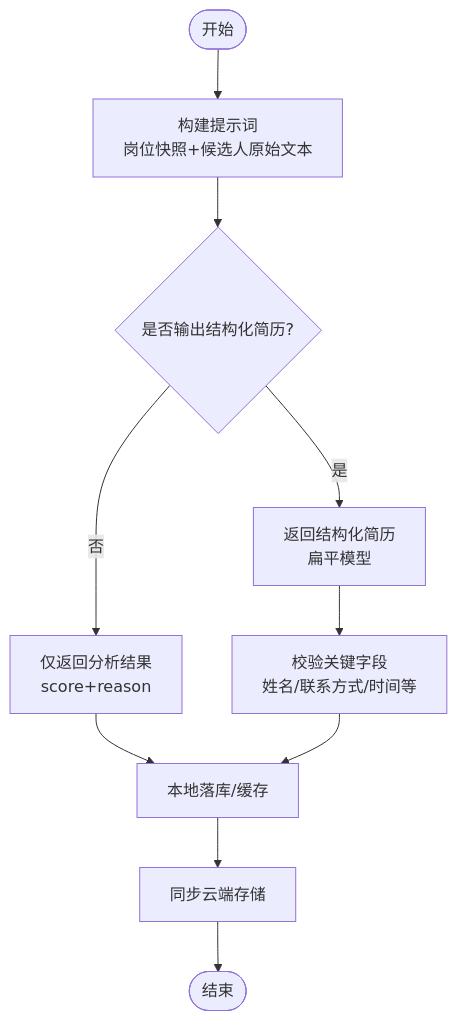
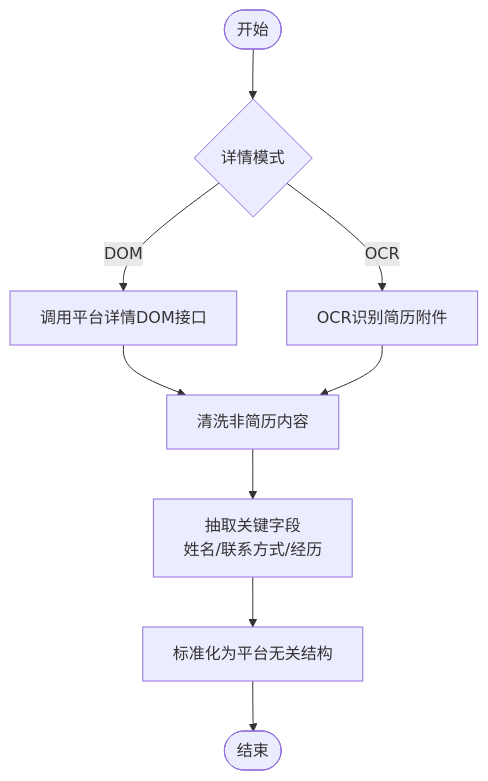
The fourth of 10 diagrams in .qoder/repowiki/zh/content/本地执行器/AI集成/简历解析处理.md (alvinwangzi/goodhr), drawn with Mermaid before and after one commit. The commit also changed other lines of this file and 149 other files, not shown here.

````diff
--- a/.qoder/repowiki/zh/content/本地执行器/AI集成/简历解析处理.md
+++ b/.qoder/repowiki/zh/content/本地执行器/AI集成/简历解析处理.md
@@ -227,12 +192,11 @@
 ```mermaid
 flowchart TD
-Start(["开始"]) --> BuildPrompt["构建提示词<br/>岗位快照+候选人原始文本"]
-BuildPrompt --> Mode{"是否输出结构化简历?"}
-Mode --> |否| AnalyzeOnly["仅返回分析结果<br/>score+reason"]
-Mode --> |是| Structured["返回结构化简历<br/>扁平模型"]
-AnalyzeOnly --> SaveLocal["本地落库/缓存"]
-Structured --> Validate["校验关键字段<br/>姓名/联系方式/时间等"]
-Validate --> SaveLocal
-SaveLocal --> SyncCloud["同步云端存储"]
-SyncCloud --> End(["结束"])
+Start(["开始"]) --> Mode{"详情模式"}
+Mode --> |DOM| DOM["调用平台详情DOM接口"]
+Mode --> |OCR| OCR["OCR识别简历附件"]
+DOM --> Clean["清洗非简历内容"]
+OCR --> Clean
+Clean --> Extract["抽取关键字段<br/>姓名/联系方式/经历"]
+Extract --> Normalize["标准化为平台无关结构"]
+Normalize --> End(["结束"])
 ```
````
